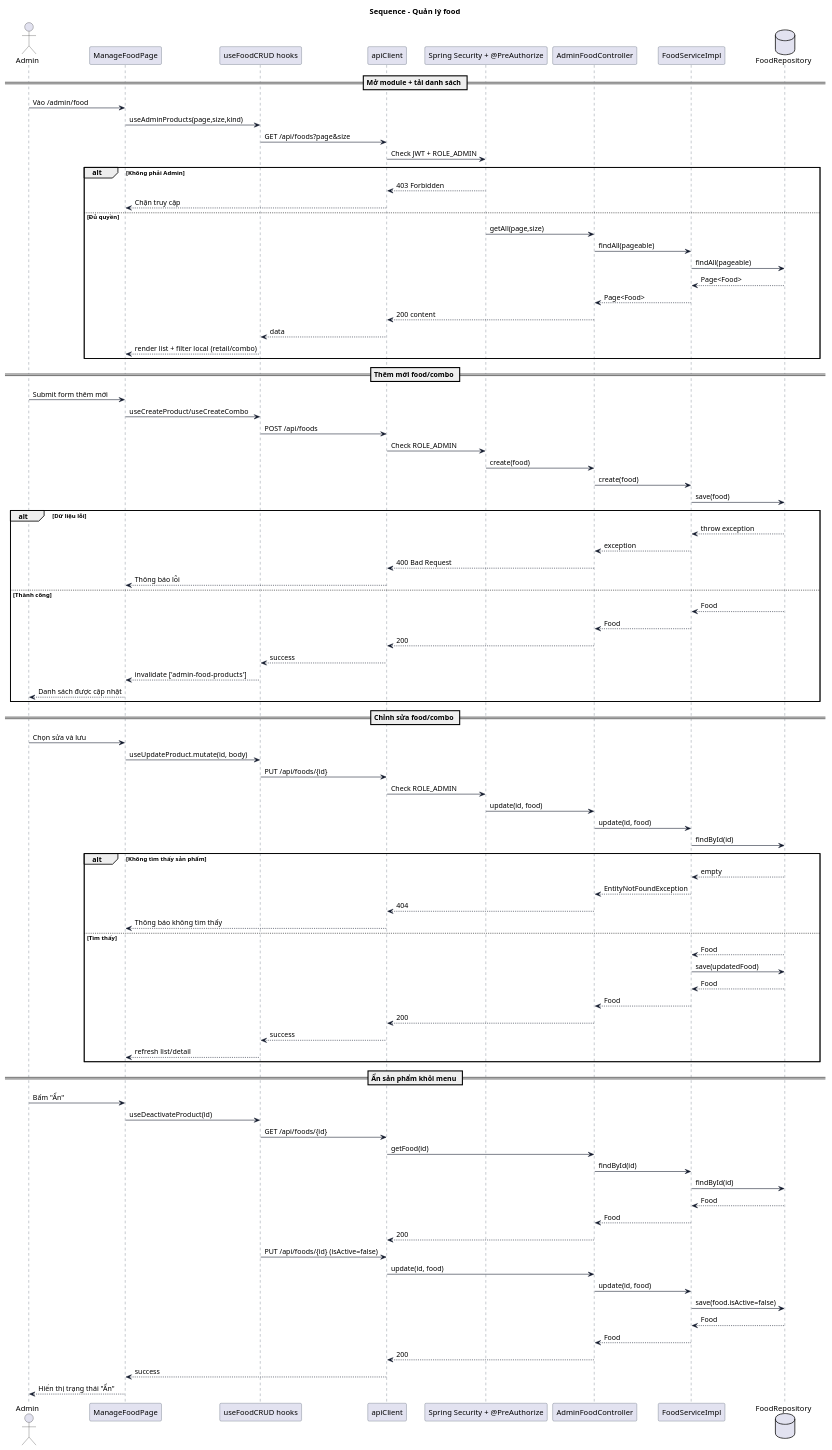
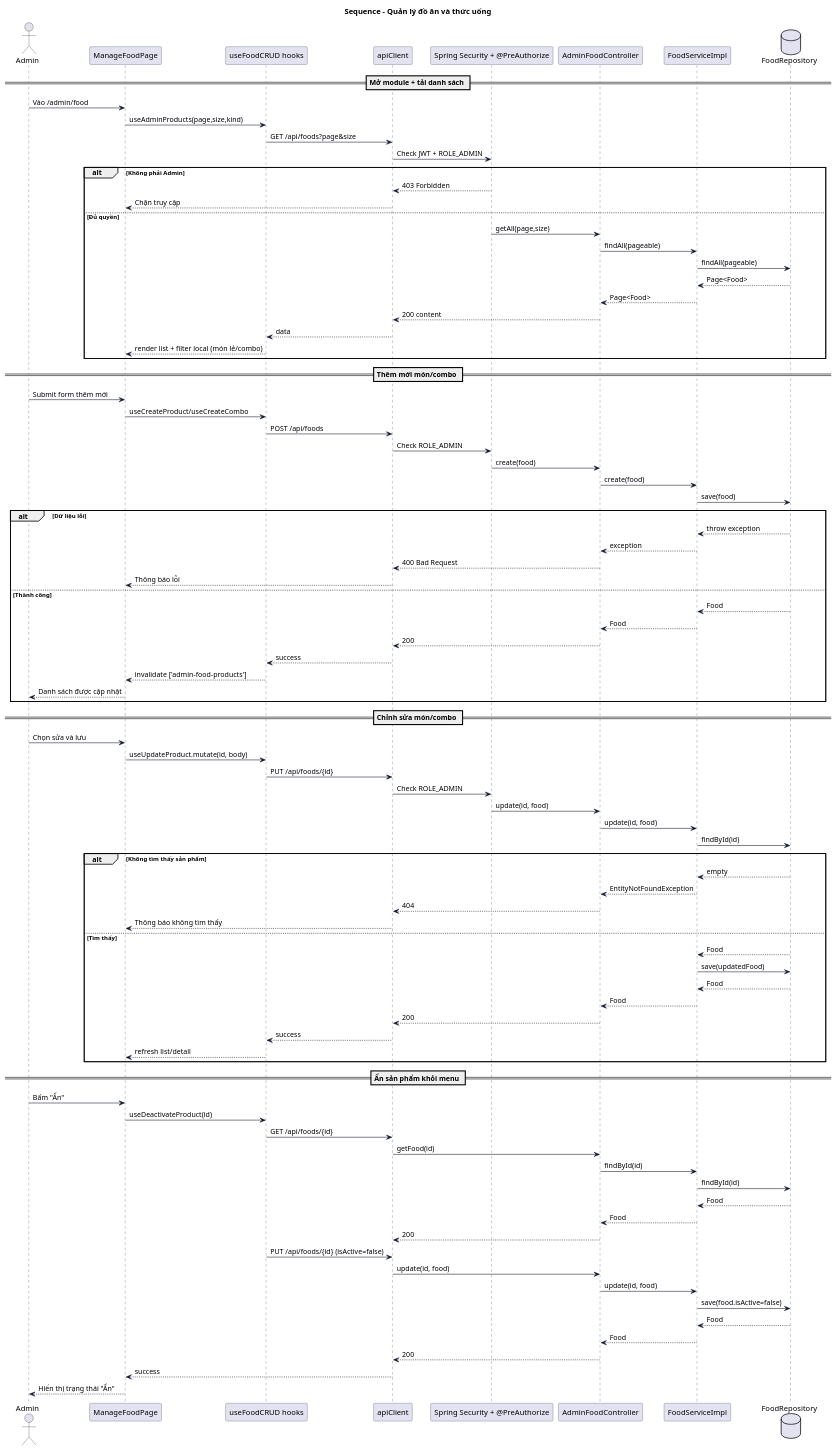
The diagram in uml/sequence/sequence-manage-food.puml (minhat5/MeCinema), drawn with PlantUML before and after one commit. The commit also changed other lines of this file and 25 other files, not shown here.

Commit message:
add full uml

```diff
--- a/uml/sequence/sequence-manage-food.puml
+++ b/uml/sequence/sequence-manage-food.puml
@@ -1,104 +1,104 @@
 @startuml
 skinparam shadowing false
 skinparam sequence {
   ArrowColor #0F172A
   LifeLineBorderColor #334155
   LifeLineBackgroundColor #F8FAFC
   ParticipantBorderColor #334155
 }
 
-title Sequence - Quản lý food
+title Sequence - Quản lý đồ ăn và thức uống
 
 actor Admin
 participant UI as "ManageFoodPage"
 participant Hook as "useFoodCRUD hooks"
 participant API as "apiClient"
 participant Sec as "Spring Security + @PreAuthorize"
 participant Ctl as "AdminFoodController"
 participant Svc as "FoodServiceImpl"
 database Repo as "FoodRepository"
 
 == Mở module + tải danh sách ==
 Admin -> UI: Vào /admin/food
 UI -> Hook: useAdminProducts(page,size,kind)
 Hook -> API: GET /api/foods?page&size
 API -> Sec: Check JWT + ROLE_ADMIN
 alt Không phải Admin
   Sec --> API: 403 Forbidden
   API --> UI: Chặn truy cập
 else Đủ quyền
   Sec -> Ctl: getAll(page,size)
   Ctl -> Svc: findAll(pageable)
   Svc -> Repo: findAll(pageable)
   Repo --> Svc: Page<Food>
   Svc --> Ctl: Page<Food>
   Ctl --> API: 200 content
   API --> Hook: data
-  Hook --> UI: render list + filter local (retail/combo)
+  Hook --> UI: render list + filter local (món lẻ/combo)
 end
 
-== Thêm mới food/combo ==
+== Thêm mới món/combo ==
 Admin -> UI: Submit form thêm mới
 UI -> Hook: useCreateProduct/useCreateCombo
 Hook -> API: POST /api/foods
 API -> Sec: Check ROLE_ADMIN
 Sec -> Ctl: create(food)
 Ctl -> Svc: create(food)
 Svc -> Repo: save(food)
 alt Dữ liệu lỗi
   Repo --> Svc: throw exception
   Svc --> Ctl: exception
   Ctl --> API: 400 Bad Request
   API --> UI: Thông báo lỗi
 else Thành công
   Repo --> Svc: Food
   Svc --> Ctl: Food
   Ctl --> API: 200
   API --> Hook: success
   Hook --> UI: invalidate ['admin-food-products']
   UI --> Admin: Danh sách được cập nhật
 end
 
-== Chỉnh sửa food/combo ==
+== Chỉnh sửa món/combo ==
 Admin -> UI: Chọn sửa và lưu
 UI -> Hook: useUpdateProduct.mutate(id, body)
 Hook -> API: PUT /api/foods/{id}
 API -> Sec: Check ROLE_ADMIN
 Sec -> Ctl: update(id, food)
 Ctl -> Svc: update(id, food)
 Svc -> Repo: findById(id)
 alt Không tìm thấy sản phẩm
   Repo --> Svc: empty
   Svc --> Ctl: EntityNotFoundException
   Ctl --> API: 404
   API --> UI: Thông báo không tìm thấy
 else Tìm thấy
   Repo --> Svc: Food
   Svc -> Repo: save(updatedFood)
   Repo --> Svc: Food
   Svc --> Ctl: Food
   Ctl --> API: 200
   API --> Hook: success
   Hook --> UI: refresh list/detail
 end
 
 == Ẩn sản phẩm khỏi menu ==
 Admin -> UI: Bấm "Ẩn"
 UI -> Hook: useDeactivateProduct(id)
 Hook -> API: GET /api/foods/{id}
 API -> Ctl: getFood(id)
 Ctl -> Svc: findById(id)
 Svc -> Repo: findById(id)
 Repo --> Svc: Food
 Svc --> Ctl: Food
 Ctl --> API: 200
 Hook -> API: PUT /api/foods/{id} (isActive=false)
 API -> Ctl: update(id, food)
 Ctl -> Svc: update(id, food)
 Svc -> Repo: save(food.isActive=false)
 Repo --> Svc: Food
 Svc --> Ctl: Food
 Ctl --> API: 200
 API --> UI: success
 UI --> Admin: Hiển thị trạng thái "Ẩn"
 @enduml
```
